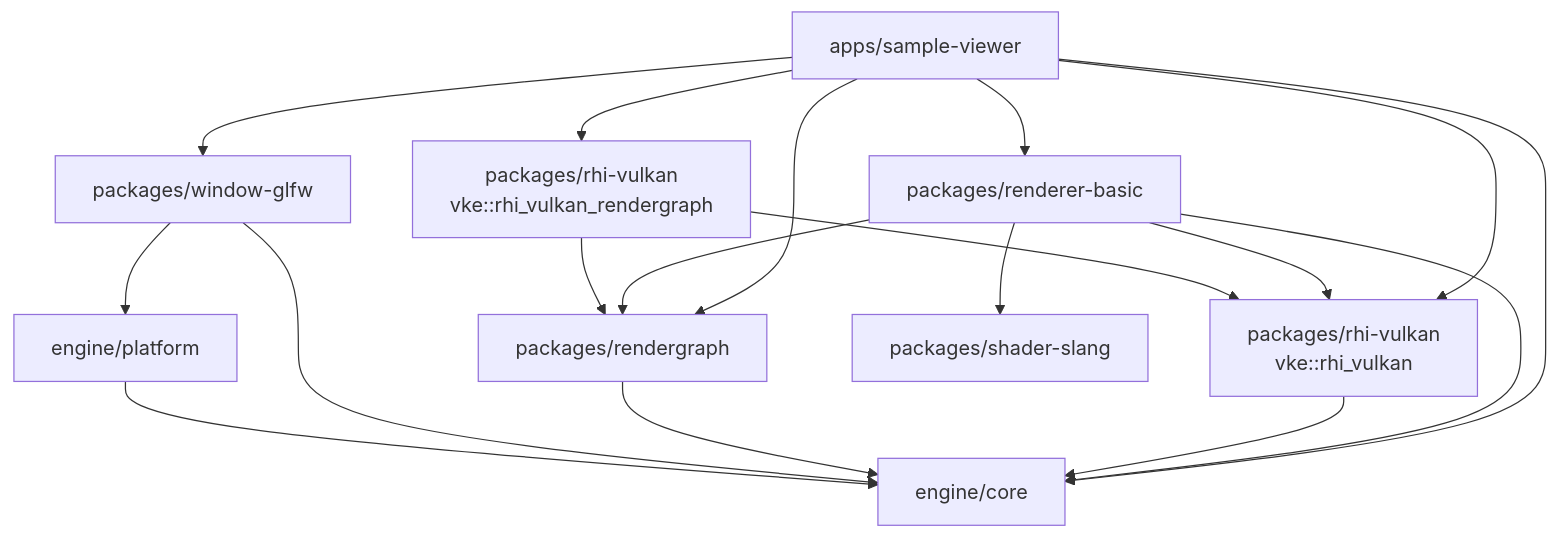
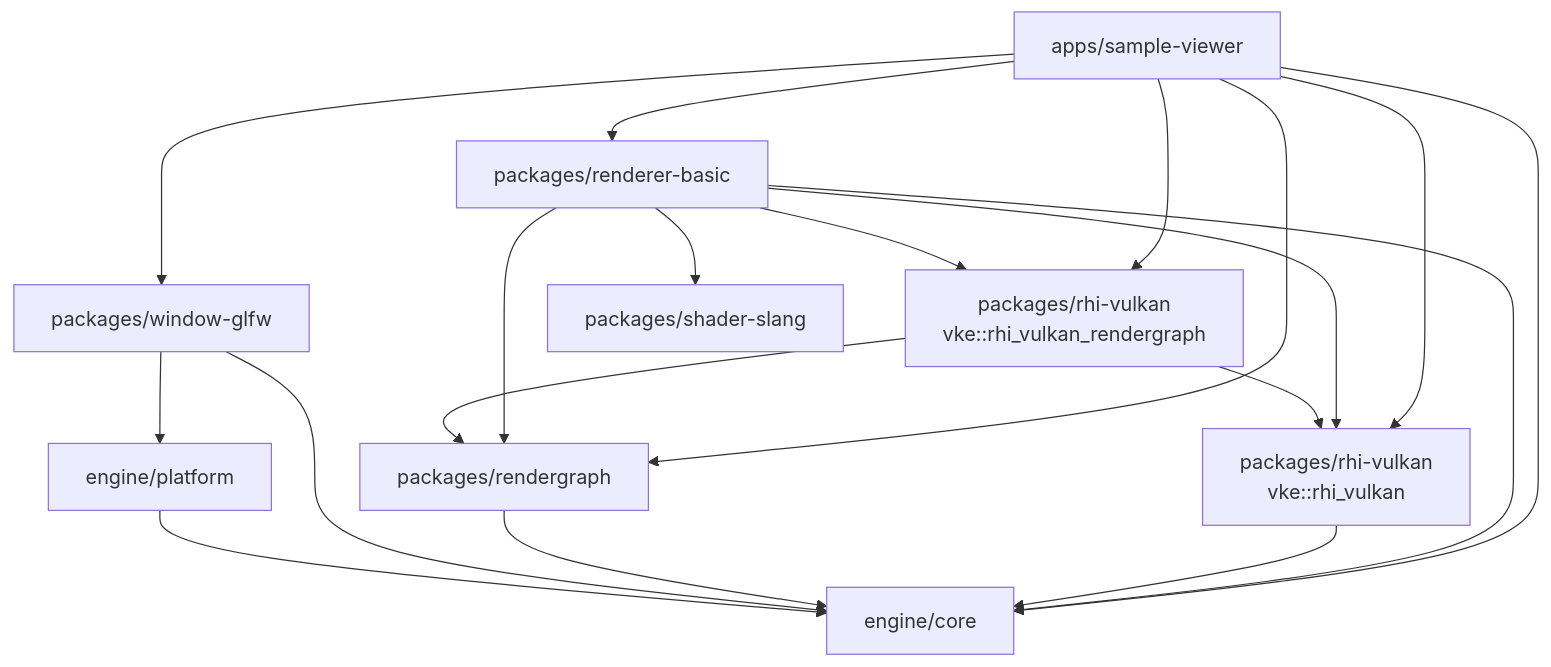
The first of 7 diagrams in docs/flow-architecture.md (66six11/Engine), drawn with Mermaid before and after one commit. The commit also changed other lines of this file and 7 other files, not shown here.

````diff
--- a/docs/flow-architecture.md
+++ b/docs/flow-architecture.md
@@ -13,30 +13,31 @@
 ```mermaid
 flowchart TD
     App["apps/sample-viewer"]
     Core["engine/core"]
     Platform["engine/platform"]
     Window["packages/window-glfw"]
     RG["packages/rendergraph"]
     RhiVk["packages/rhi-vulkan<br/>vke::rhi_vulkan"]
     RhiVkRG["packages/rhi-vulkan<br/>vke::rhi_vulkan_rendergraph"]
     Renderer["packages/renderer-basic"]
     Shader["packages/shader-slang"]
 
     Platform --> Core
     Window --> Core
     Window --> Platform
     RG --> Core
     RhiVk --> Core
     RhiVkRG --> RhiVk
     RhiVkRG --> RG
     Renderer --> Core
     Renderer --> RG
     Renderer --> RhiVk
+    Renderer --> RhiVkRG
     Renderer --> Shader
     App --> Core
     App --> Window
     App --> RG
     App --> RhiVk
     App --> RhiVkRG
     App --> Renderer
 ```
````
